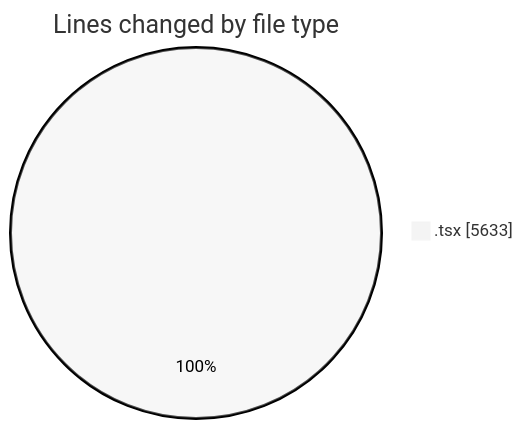
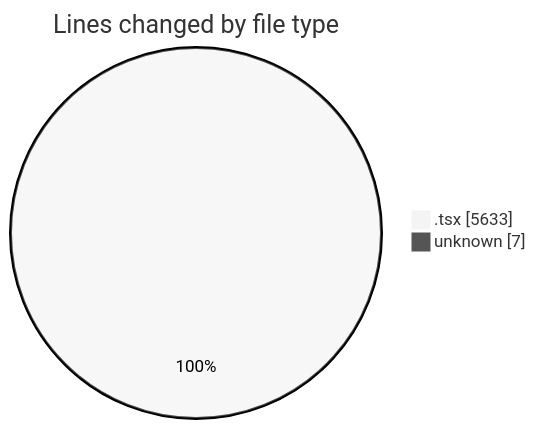
The first of 2 diagrams in 2026-07-24/nxtqube_webapp/README.md (nxtqubesakshisongat/code-tracking), drawn with Mermaid (neutral theme) before and after one commit. The commit also changed other lines of this file and 1 other file, not shown here.

````diff
--- a/2026-07-24/nxtqube_webapp/README.md
+++ b/2026-07-24/nxtqube_webapp/README.md
@@ -28,5 +29,6 @@
 ```mermaid
 pie showData
 title Lines changed by file type
 ".tsx" : 5633
+"unknown" : 7
 ```
````
